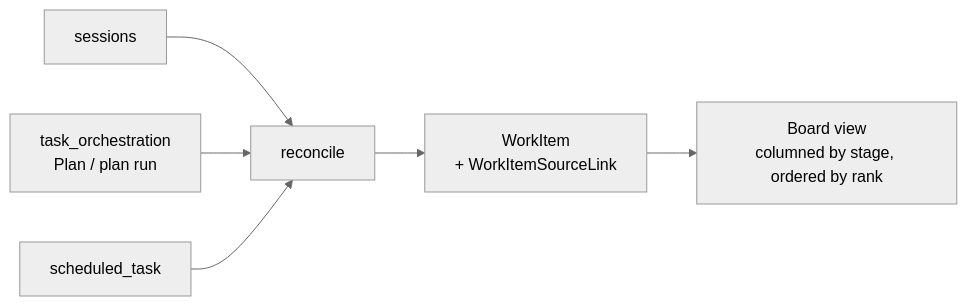
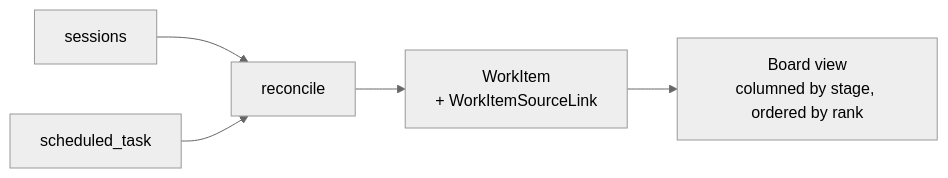
One commit to cdavid817/vanehub-ai changed the second of 2 diagrams in docs/developer-guide/src/goals-and-work-board.md. Above: the diagram before and after it, drawn with Mermaid (neutral theme). The commit also changed other lines of this file and 238 other files, not shown here.

````diff
--- a/docs/developer-guide/src/goals-and-work-board.md
+++ b/docs/developer-guide/src/goals-and-work-board.md
@@ -67,8 +67,7 @@
 ```mermaid
 flowchart LR
   SE["sessions"] --> RC["reconcile"]
-  PL["task_orchestration<br/>Plan / plan run"] --> RC
   ST["scheduled_task"] --> RC
   RC --> WI["WorkItem<br/>+ WorkItemSourceLink"]
   WI --> BOARD["Board view<br/>columned by stage, ordered by rank"]
 ```
````
